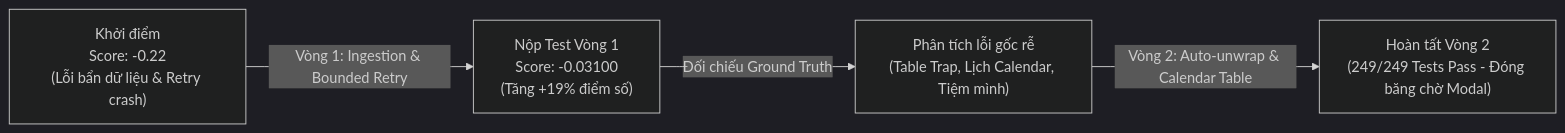
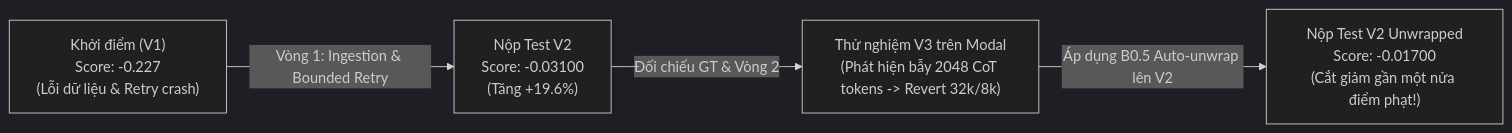
One commit to KL0224/uit-last-dance-aizalo26 changed the first of 2 diagrams in docs/IMPROVEMENT_JOURNEY.md. Above: the diagram before and after it, drawn with Mermaid (dark theme). The commit also changed other lines of this file, not shown here.

Commit message:
docs: update improvement journey with V3 Modal insights and -0.01700 submission milestone

````diff
--- a/docs/IMPROVEMENT_JOURNEY.md
+++ b/docs/IMPROVEMENT_JOURNEY.md
@@ -13,6 +13,6 @@
 ```mermaid
 flowchart LR
-    A["Khởi điểm<br/>Score: -0.22<br/>(Lỗi bẩn dữ liệu & Retry crash)"] -->|Vòng 1: Ingestion & Bounded Retry| B["Nộp Test Vòng 1<br/>Score: -0.03100<br/>(Tăng +19% điểm số)"]
-    B -->|Đối chiếu Ground Truth| C["Phân tích lỗi gốc rễ<br/>(Table Trap, Lịch Calendar, Tiệm mình)"]
-    C -->|Vòng 2: Auto-unwrap & Calendar Table| D["Hoàn tất Vòng 2<br/>(249/249 Tests Pass - Đóng băng chờ Modal)"]
+    A["Khởi điểm (V1)<br/>Score: -0.227<br/>(Lỗi dữ liệu & Retry crash)"] -->|Vòng 1: Ingestion & Bounded Retry| B["Nộp Test V2<br/>Score: -0.03100<br/>(Tăng +19.6%)"]
+    B -->|Đối chiếu GT & Vòng 2| C["Thử nghiệm V3 trên Modal<br/>(Phát hiện bẫy 2048 CoT tokens -> Revert 32k/8k)"]
+    C -->|Áp dụng B0.5 Auto-unwrap lên V2| D["Nộp Test V2 Unwrapped<br/>Score: -0.01700<br/>(Cắt giảm gần một nửa điểm phạt!)"]
 ```
````
